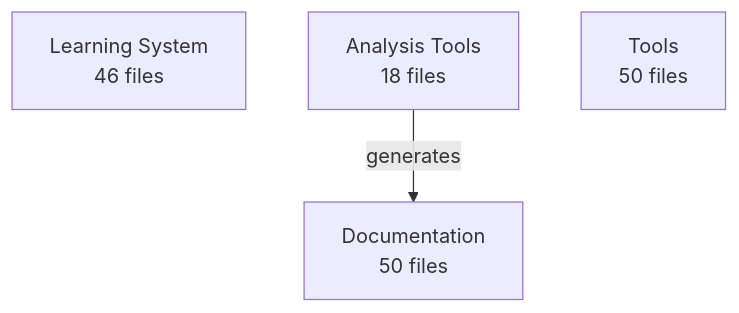
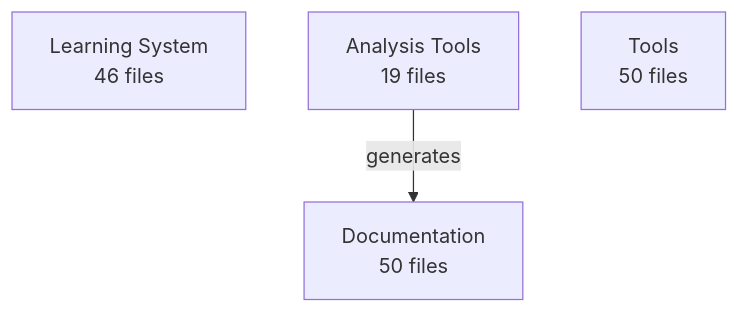
Before and after one commit to enufacas/Chained: the diagram in docs/data/architecture/architecture.mmd, drawn with Mermaid. The commit also changed 6 other files, not shown here.

First line of the commit message:
🏗️ Update architecture evolution tracking

```diff
--- a/docs/data/architecture/architecture.mmd
+++ b/docs/data/architecture/architecture.mmd
@@ -1,6 +1,6 @@
 graph TD
     learning_system[Learning System<br/>46 files]
-    analysis_tools[Analysis Tools<br/>18 files]
+    analysis_tools[Analysis Tools<br/>19 files]
     documentation[Documentation<br/>50 files]
     tools[Tools<br/>50 files]
     analysis_tools -->|generates| documentation
```
